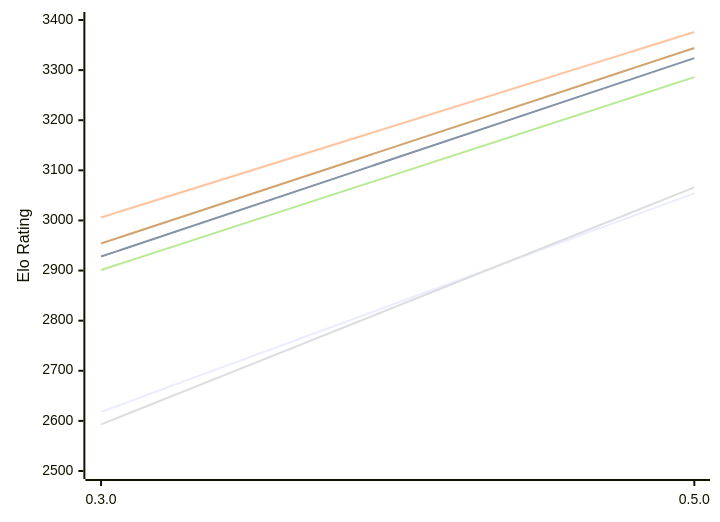
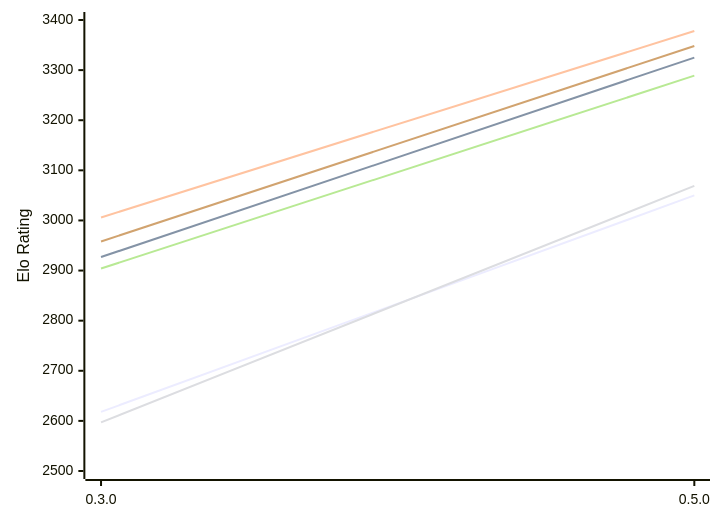
Before and after one commit to computer-chess-index/cci: the diagram in engines/Crustik.md, drawn with Mermaid. The commit also changed other lines of this file, not shown here.

Commit message:
Update CCI Ratings (ELO VLTC) - 2026-11-24

````diff
--- a/engines/Crustik.md
+++ b/engines/Crustik.md
@@ -49,12 +49,12 @@
 ```mermaid
 %%{init: {"theme":"base","themeVariables":{"seriesColors:['#a3a3a3','#222221','#faa371']}}}%%
 xychart-beta
   x-axis ["0.3.0", "0.5.0"]
   y-axis "Elo Rating" 2500 --> 3400
-  line "E1: STC (8.0+0.08s)" [2618, 3054]
-  line "E1: LTC (60.0+0.60s)" [2928, 3324]
-  line "E1: VLTC (2m24s+1.12s)" [3006, 3376]
-  line "P1: STC (8.0+0.08s)" [2593, 3066]
-  line "P1: LTC (60.0+0.60s)" [2901, 3286]
-  line "P1: VLTC (2m24s+1.12s)" [2954, 3344]
+  line "E1: STC (8.0+0.08s)" [2618, 3050]
+  line "E1: LTC (60.0+0.60s)" [2927, 3325]
+  line "E1: VLTC (2m24s+1.12s)" [3006, 3378]
+  line "P1: STC (8.0+0.08s)" [2597, 3069]
+  line "P1: LTC (60.0+0.60s)" [2904, 3289]
+  line "P1: VLTC (2m24s+1.12s)" [2958, 3348]
 ```
````
